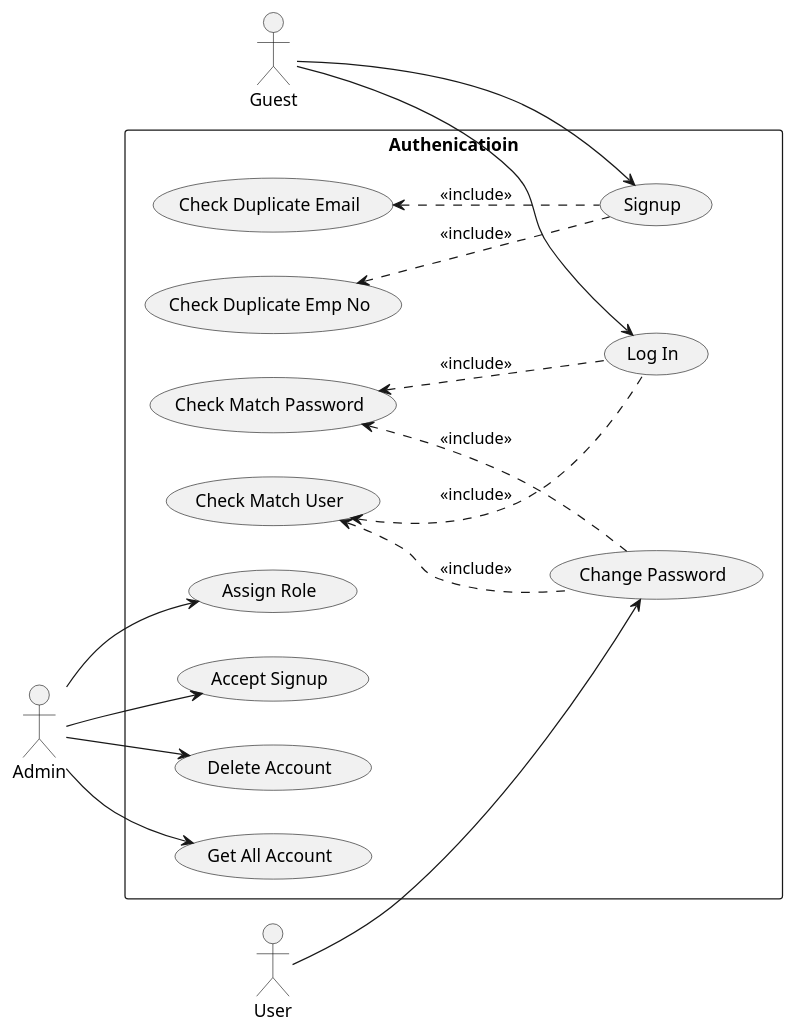
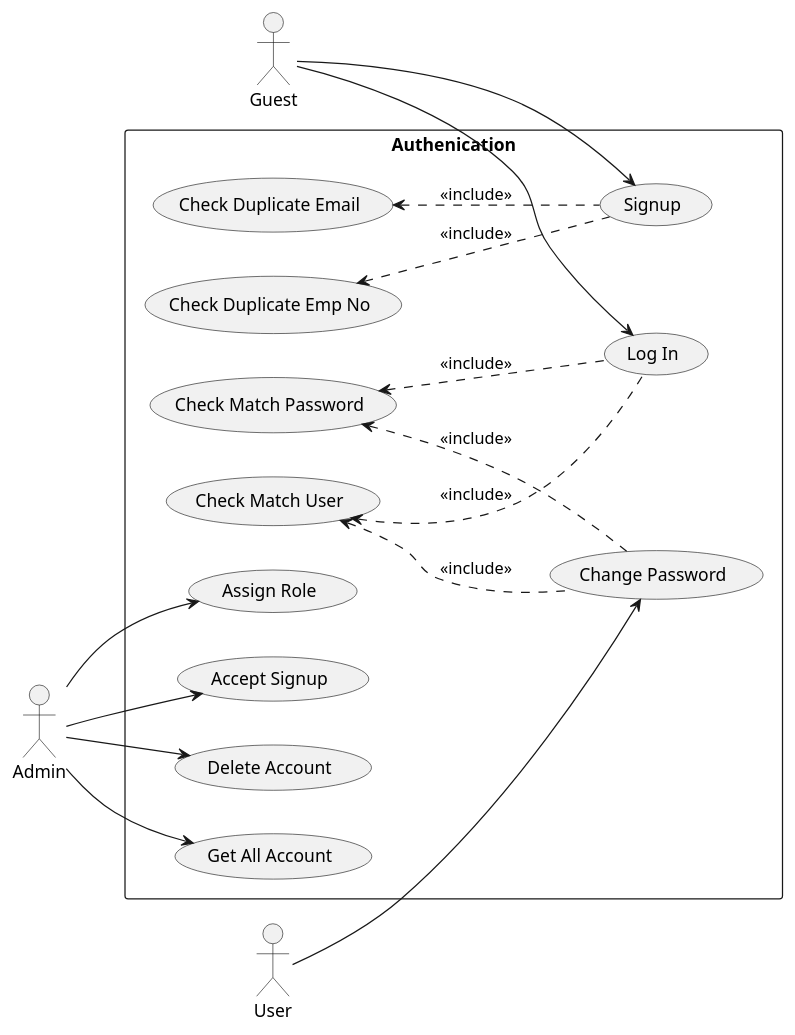
Before and after one commit to Suraphop/sample-nodejs-master-folder-structure: the diagram in diagram/usecase.iuml, drawn with PlantUML.

```diff
--- a/diagram/usecase.iuml
+++ b/diagram/usecase.iuml
@@ -1,42 +1,42 @@
 @startuml
 left to right direction
 
 actor "Guest" as guest
 actor "User" as user
 actor "Admin" as admin
 
-rectangle Authenicatioin {
+rectangle Authenication {
 usecase "Signup" as UC_signup
 usecase "Check Duplicate Emp No" as UC_check_duplicate_emp_no
 usecase "Check Duplicate Email" as UC_check_duplicate_email
 usecase "Assign Role" as UC_assign_role
 usecase "Accept Signup" as UC_accept_signup
 usecase "Check Match User" as UC_check_match_user
 usecase "Check Match Password" as UC_check_match_password
 usecase "Log In" as UC_log_in
 usecase "Change Password" as UC_change_password
 usecase "Delete Account" as UC_delete_account
 usecase "Get All Account" as UC_get_all_account
 }
 
 guest --> UC_signup
 UC_signup .u.> UC_check_duplicate_emp_no : <<include>>
 UC_signup .u.> UC_check_duplicate_email : <<include>>
 
 guest --> UC_log_in
 UC_log_in .u.> UC_check_match_user : <<include>>
 UC_log_in .u.> UC_check_match_password : <<include>>
 
 admin --> UC_assign_role
 
 admin --> UC_accept_signup
 
 admin --> UC_delete_account
 
 admin --> UC_get_all_account
 
 user --> UC_change_password
 UC_change_password .u.> UC_check_match_password : <<include>>
 UC_change_password .u.> UC_check_match_user : <<include>>
 
 @enduml
```
